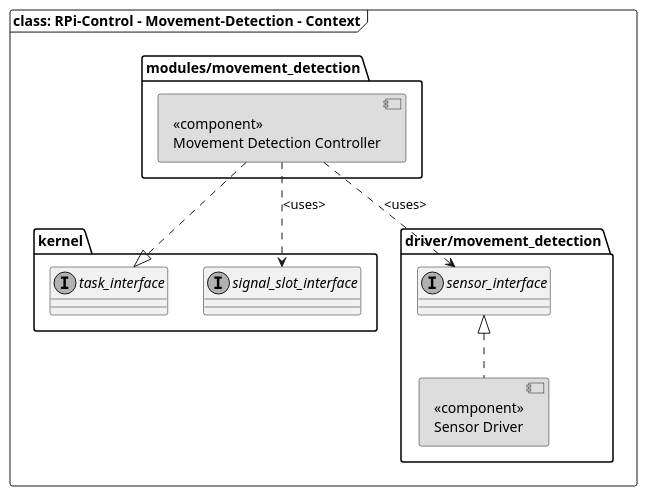
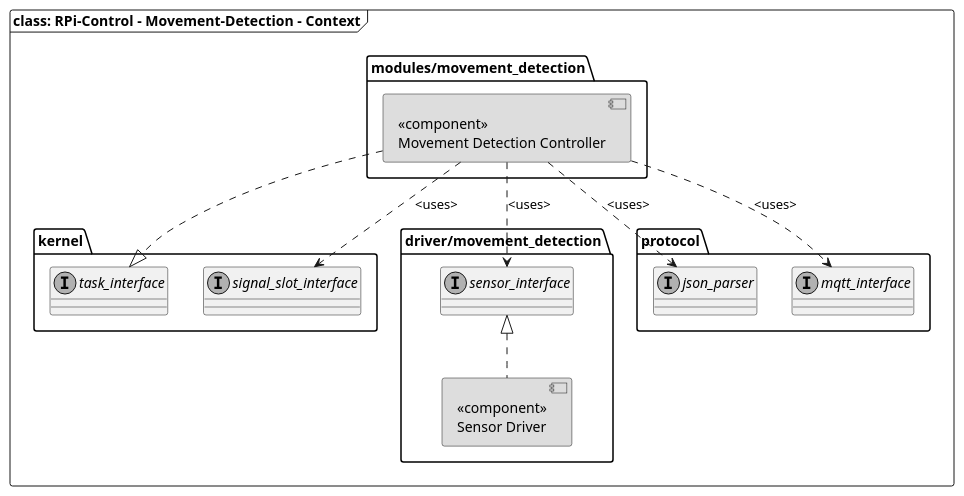
One commit to smuuze/rpi_control_frmwrk changed the diagram in src/modules/movement_detection/readme/uml/movement_detection_context.puml. Above: the diagram before and after it, drawn with PlantUML. The commit also changed 8 other files, not shown here.

Commit message:
MOD: MODULE - MOVEMENT-DETECTION - added feature to send MQTT message on movement event

```diff
--- a/src/modules/movement_detection/readme/uml/movement_detection_context.puml
+++ b/src/modules/movement_detection/readme/uml/movement_detection_context.puml
@@ -1,57 +1,70 @@
 @startuml movement_detection_context
 
 '***************************************************************************
 
 skinparam monochrome true
 ' skinparam linetype ortho
 
 '***************************************************************************
 
 frame "class: RPi-Control - Movement-Detection - Context" {
 
 '***************************************************************************
 
     folder "kernel" {
 
         interface task_interface {
 
         }
 
         interface signal_slot_interface {
 
         }
     }
 
     folder "driver/movement_detection" {
 
         component sensor_driver #DDDDDD [
             <<component>>
             Sensor Driver
         ]
 
         interface sensor_interface {
 
         }
     }
 
+    folder "protocol" {
+
+        interface json_parser {
+
+        }
+
+        interface mqtt_interface {
+
+        }
+    }
+
     folder "modules/movement_detection" {
 
         component movement_detection #DDDDDD [
             <<component>>
             Movement Detection Controller
         ]
     }
 
     movement_detection .down.|> task_interface
     movement_detection .down.> signal_slot_interface : <uses>
     movement_detection .down.> sensor_interface : <uses>
+    movement_detection .down.> json_parser : <uses>
+    movement_detection .down.> mqtt_interface : <uses>
 
     sensor_driver .up.|> sensor_interface
 
 '***************************************************************************
 
 }
 
 '***************************************************************************
 
 @enduml
```
